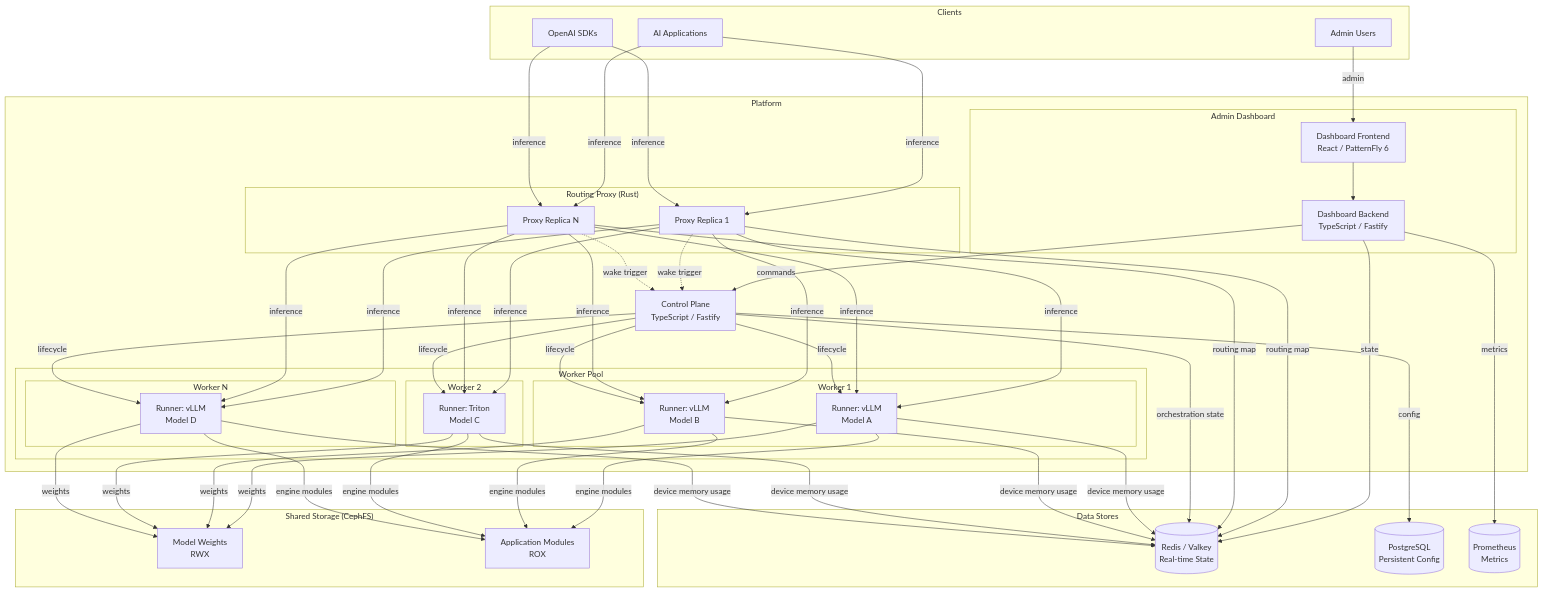
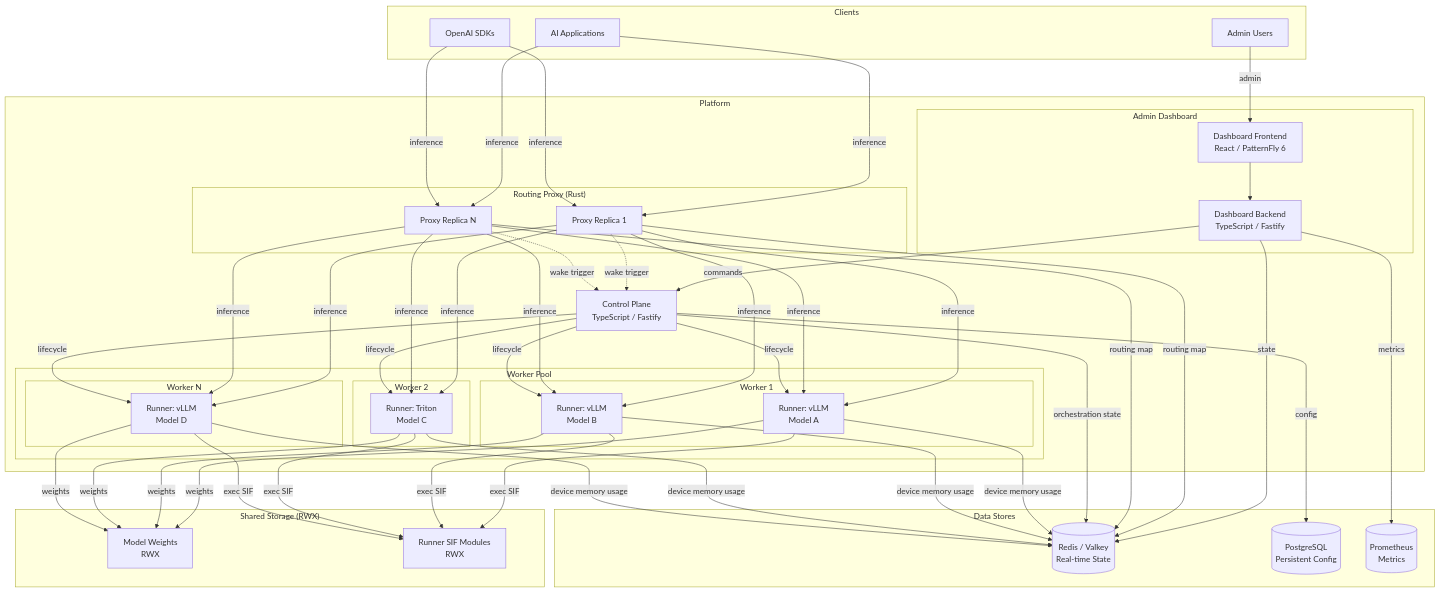
One commit to rh-aiservices-bu/school-of-sardeenz changed the first of 11 diagrams in docs/architecture/overview.md. Above: the diagram before and after it, drawn with Mermaid. The commit also changed other lines of this file and 21 other files, not shown here.

````diff
--- a/docs/architecture/overview.md
+++ b/docs/architecture/overview.md
@@ -13,62 +13,62 @@
 ```mermaid
 graph TB
     subgraph Clients
         C1[AI Applications]
         C2[OpenAI SDKs]
         C3[Admin Users]
     end
 
     subgraph Platform
         subgraph "Routing Proxy (Rust)"
             P1[Proxy Replica 1]
             P2[Proxy Replica N]
         end
 
         CP[Control Plane<br/>TypeScript / Fastify]
 
         subgraph "Admin Dashboard"
             DB[Dashboard Backend<br/>TypeScript / Fastify]
             DF[Dashboard Frontend<br/>React / PatternFly 6]
         end
 
         subgraph "Worker Pool"
             subgraph "Worker 1"
                 R1A[Runner: vLLM<br/>Model A]
                 R1B[Runner: vLLM<br/>Model B]
             end
             subgraph "Worker 2"
                 R2A[Runner: Triton<br/>Model C]
             end
             subgraph "Worker N"
                 RNA[Runner: vLLM<br/>Model D]
             end
         end
     end
 
     subgraph "Data Stores"
         RD[(Redis / Valkey<br/>Real-time State)]
         PG[(PostgreSQL<br/>Persistent Config)]
         PR[(Prometheus<br/>Metrics)]
     end
 
-    subgraph "Shared Storage (CephFS)"
+    subgraph "Shared Storage (RWX)"
         MW[Model Weights<br/>RWX]
-        AM[Application Modules<br/>ROX]
+        AM[Runner SIF Modules<br/>RWX]
     end
 
     C1 & C2 -->|inference| P1 & P2
     C3 -->|admin| DF
     DF --> DB
     DB -->|commands| CP
     DB -->|state| RD
     DB -->|metrics| PR
     P1 & P2 -->|routing map| RD
     P1 & P2 -->|inference| R1A & R1B & R2A & RNA
     P1 & P2 -.->|wake trigger| CP
     CP -->|orchestration state| RD
     CP -->|config| PG
     CP -->|lifecycle| R1A & R1B & R2A & RNA
     R1A & R1B & R2A & RNA -->|device memory usage| RD
     R1A & R1B & R2A & RNA -->|weights| MW
-    R1A & R1B & R2A & RNA -->|engine modules| AM
+    R1A & R1B & R2A & RNA -->|exec SIF| AM
 ```
````
